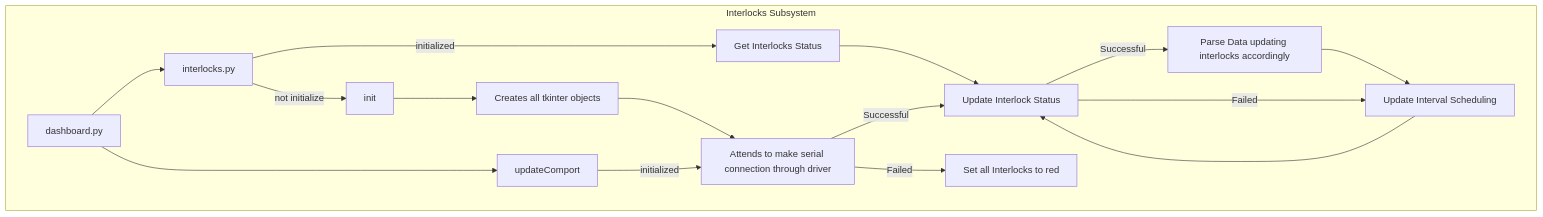
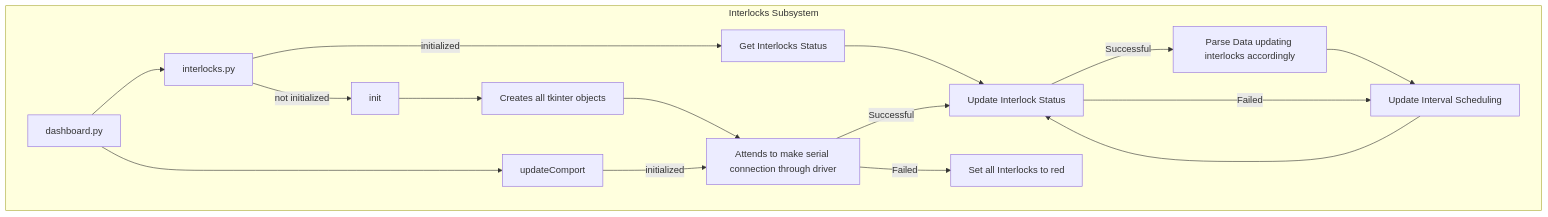
The diagram in subsystem/interlocks/README.md (uw-loci/EBEAM_dashboard), drawn with Mermaid before and after one commit.

Commit message:
one last typo

````diff
--- a/subsystem/interlocks/README.md
+++ b/subsystem/interlocks/README.md
@@ -58,23 +58,23 @@
 ```mermaid
 flowchart TD
     subgraph Interlocks Subsystem 
         dashboard.py --> interlocks.py
         
         dashboard.py --> updateComport
         updateComport -- initialized --> c
     
         interlocks.py -- initialized --> a[Get Interlocks Status]
-        interlocks.py -- not initialize--> init
+        interlocks.py -- not initialized--> init
 
 
         init --> b[Creates all tkinter objects]
         b[Creates all tkinter objects] --> c[Attends to make serial connection through driver]
         c[Attends to make serial connection through driver] --Successful--> d[Update Interlock Status]
         c[Attends to make serial connection through driver] --Failed--> e[Set all Interlocks to red]
         a --> d
         d --Successful --> f[Parse Data updating interlocks accordingly]
         f --> g[Update Interval Scheduling]
         d --Failed --> g
         g --> d
     end
 ```
````
